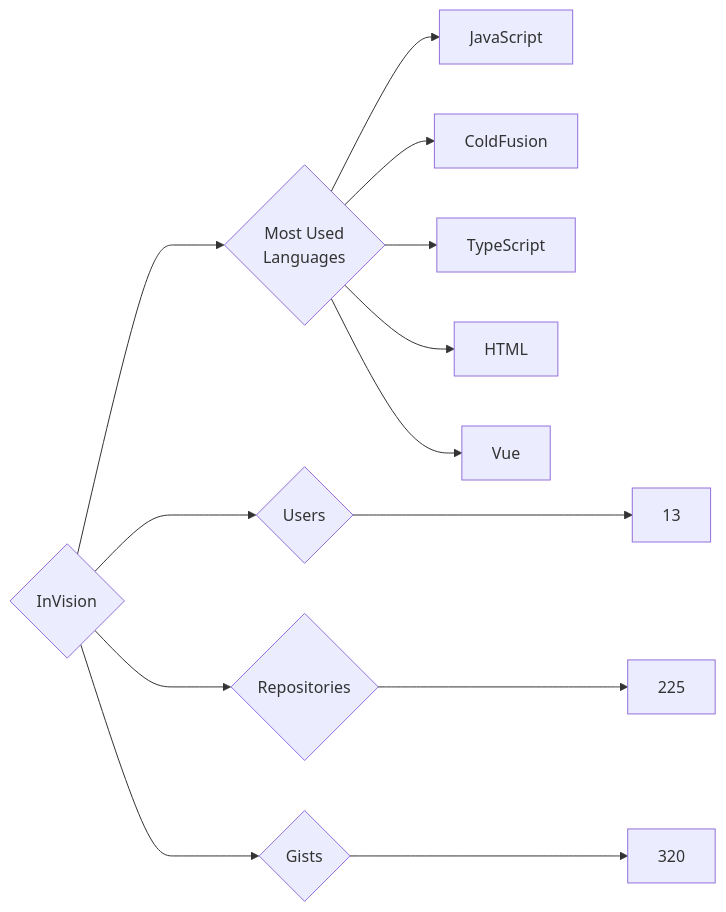
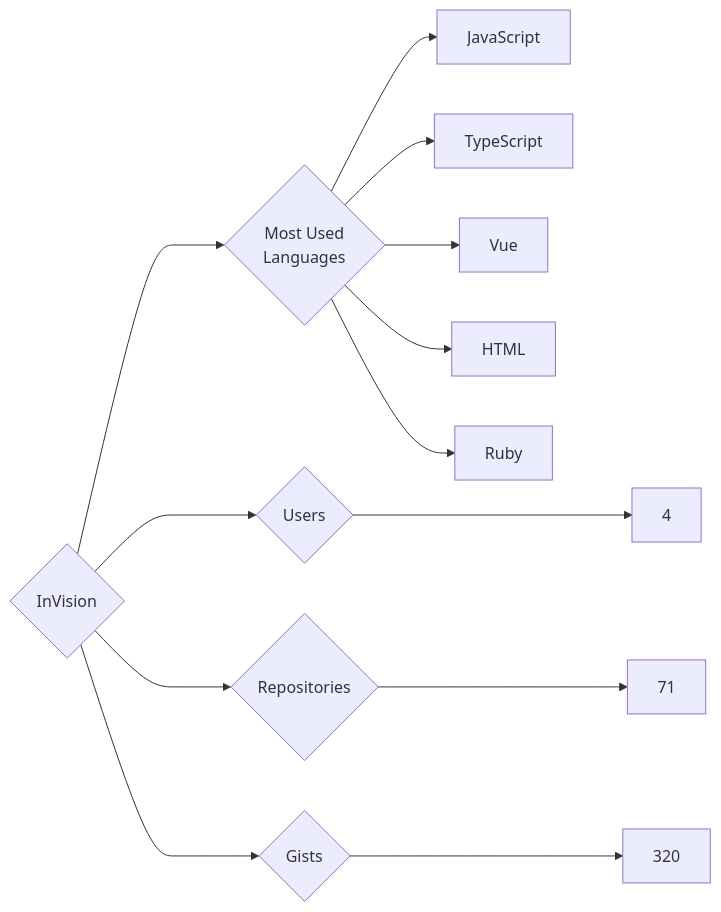
The diagram in targets/InVision/README.md (trickest/insiders), drawn with Mermaid before and after one commit. The commit also changed 899 other files, not shown here.

````diff
--- a/targets/InVision/README.md
+++ b/targets/InVision/README.md
@@ -3,13 +3,13 @@
 ```mermaid
 graph LR
 COMPANY_NAME{InVision}
-COMPANY_NAME ---> U{Users} ---> UN[13]
-COMPANY_NAME ---> R{Repositories} ---> RN[225]
+COMPANY_NAME ---> U{Users} ---> UN[4]
+COMPANY_NAME ---> R{Repositories} ---> RN[71]
 COMPANY_NAME ---> G{Gists} ---> GN[320]
 COMPANY_NAME ---> ML{Most Used<br>Languages}
 ML --> JavaScript[JavaScript]
-ML --> ColdFusion[ColdFusion]
 ML --> TypeScript[TypeScript]
+ML --> Vue[Vue]
 ML --> HTML[HTML]
-ML --> Vue[Vue]
+ML --> Ruby[Ruby]
 ```
````
